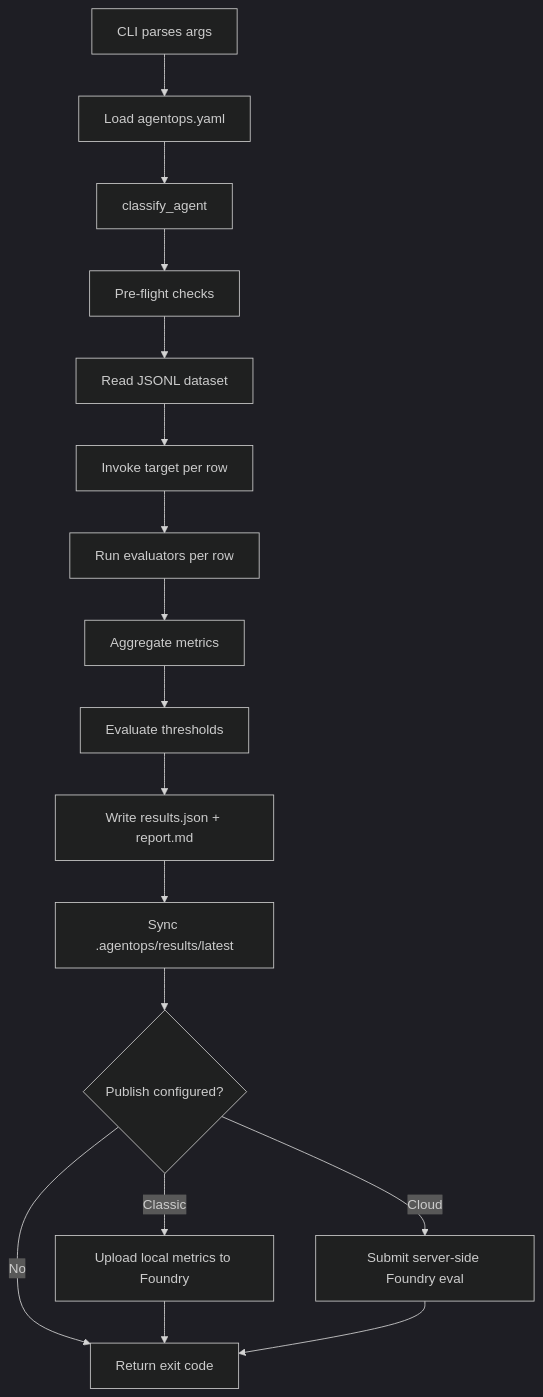
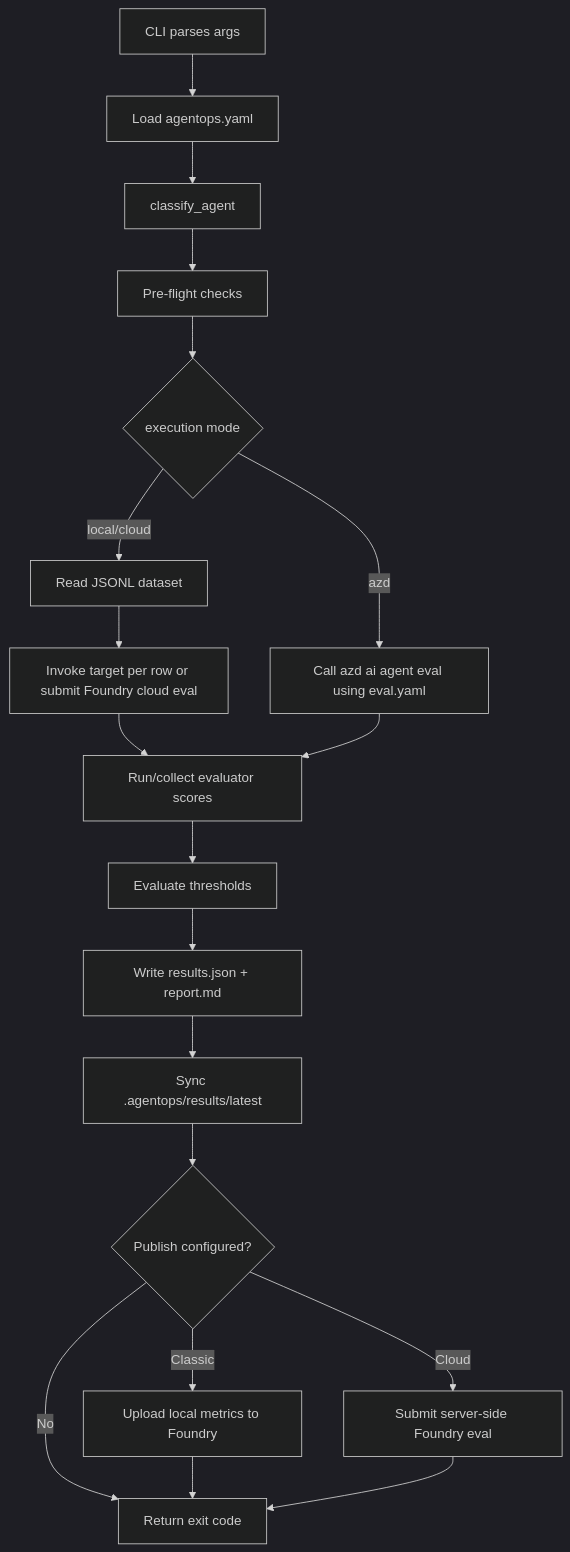
One commit to Azure/agentops changed the second of 4 diagrams in docs/how-it-works.md. Above: the diagram before and after it, drawn with Mermaid (dark theme). The commit also changed other lines of this file and 42 other files, not shown here.

Commit message:
feat: add azd eval and governance support

````diff
--- a/docs/how-it-works.md
+++ b/docs/how-it-works.md
@@ -139,19 +139,21 @@
 ```mermaid
 flowchart TD
     A["CLI parses args"] --> B["Load agentops.yaml"]
     B --> C["classify_agent"]
     C --> D["Pre-flight checks"]
-    D --> E["Read JSONL dataset"]
-    E --> F["Invoke target per row"]
-    F --> G["Run evaluators per row"]
-    G --> H["Aggregate metrics"]
+    D --> E{"execution mode"}
+    E -->|local/cloud| F["Read JSONL dataset"]
+    F --> G["Invoke target per row or submit Foundry cloud eval"]
+    G --> H["Run/collect evaluator scores"]
+    E -->|azd| AZD["Call azd ai agent eval using eval.yaml"]
+    AZD --> H
     H --> I["Evaluate thresholds"]
     I --> J["Write results.json + report.md"]
     J --> K["Sync .agentops/results/latest"]
     K --> L{"Publish configured?"}
     L -->|Classic| M["Upload local metrics to Foundry"]
     L -->|Cloud| N["Submit server-side Foundry eval"]
     L -->|No| O["Return exit code"]
     M --> O
     N --> O
 ```
````
